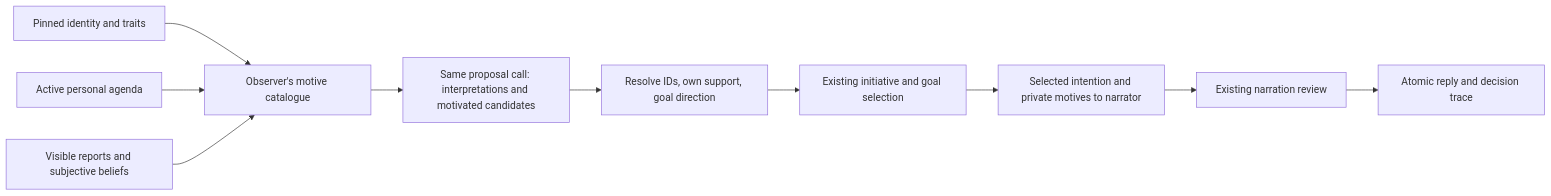
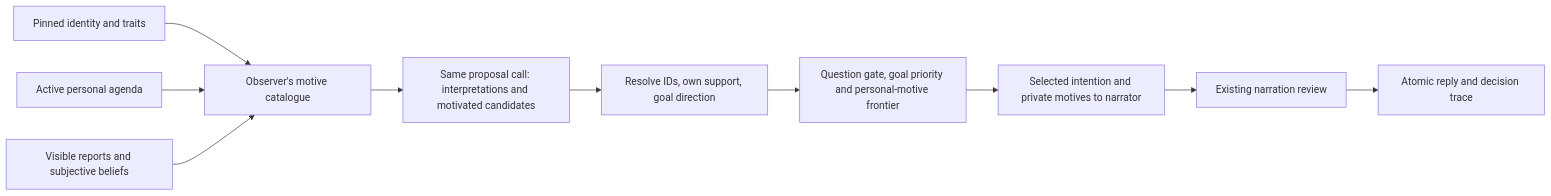
One commit to Gam1409/taleweaver changed the diagram in docs/chpm-motivation.md. Above: the diagram before and after it, drawn with Mermaid. The commit also changed other lines of this file and 5 other files, not shown here.

````diff
--- a/docs/chpm-motivation.md
+++ b/docs/chpm-motivation.md
@@ -10,12 +10,12 @@
 ```mermaid
 flowchart LR
     I[Pinned identity and traits] --> C[Observer's motive catalogue]
     A[Active personal agenda] --> C
     E[Visible reports and subjective beliefs] --> C
     C --> P[Same proposal call: interpretations and motivated candidates]
     P --> V[Resolve IDs, own support, goal direction]
-    V --> S[Existing initiative and goal selection]
+    V --> S[Question gate, goal priority and personal-motive frontier]
     S --> N[Selected intention and private motives to narrator]
     N --> R[Existing narration review]
     R --> T[Atomic reply and decision trace]
 ```
````
